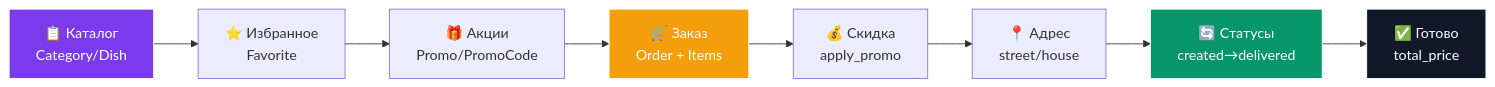
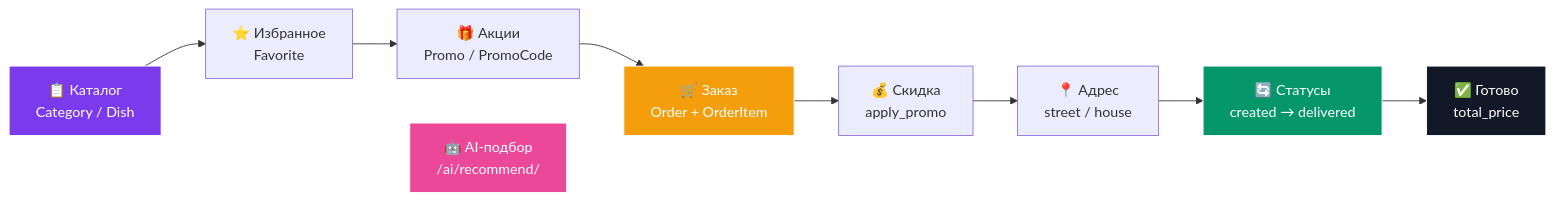
The diagram in README.md (Omurbek000/delivery), drawn with Mermaid before and after one commit. The commit also changed other lines of this file and 6 other files, not shown here.

````diff
--- a/README.md
+++ b/README.md
@@ -49,14 +79,17 @@
 ```mermaid
 flowchart LR
-    A[📋 Каталог<br/>Category/Dish] --> B[⭐ Избранное<br/>Favorite]
-    B --> C[🎁 Акции<br/>Promo/PromoCode]
-    C --> D[🛒 Заказ<br/>Order + Items]
+    A[📋 Каталог<br/>Category / Dish] --> B[⭐ Избранное<br/>Favorite]
+    B --> C[🎁 Акции<br/>Promo / PromoCode]
+    C --> D[🛒 Заказ<br/>Order + OrderItem]
     D --> E[💰 Скидка<br/>apply_promo]
-    E --> F[📍 Адрес<br/>street/house]
-    F --> G[🔄 Статусы<br/>created→delivered]
+    E --> F[📍 Адрес<br/>street / house]
+    F --> G[🔄 Статусы<br/>created → delivered]
     G --> H[✅ Готово<br/>total_price]
+    A ~~~ M[🤖 AI-подбор<br/>/ai/recommend/]
+    M ~~~ D
     style A fill:#7c3aed,stroke:#fff,color:#fff
     style D fill:#f59e0b,stroke:#fff,color:#fff
     style G fill:#059669,stroke:#fff,color:#fff
     style H fill:#111827,stroke:#fff,color:#fff
+    style M fill:#ec4899,stroke:#fff,color:#fff
 ```
````
